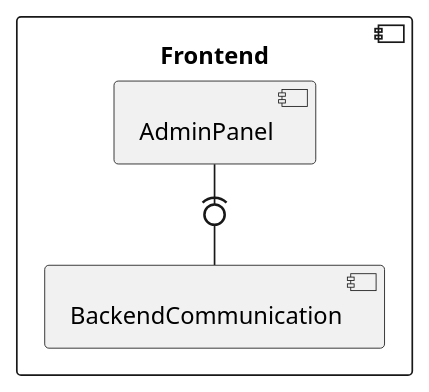
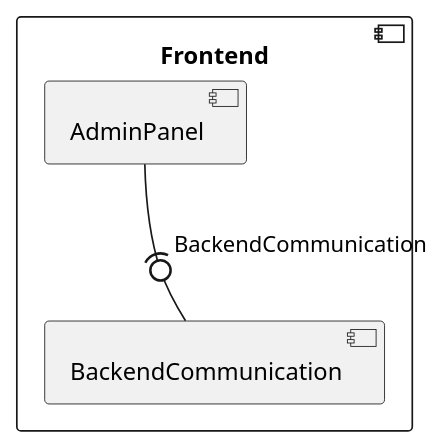
Before and after one commit to RadekBucki/OpinionCollectorArchitecture: the second of 2 diagrams in frontend/AdminPanel.md, drawn with PlantUML. The commit also changed 6 other files, not shown here.

````diff
--- a/frontend/AdminPanel.md
+++ b/frontend/AdminPanel.md
@@ -33,15 +33,15 @@
 ```plantuml
 @startuml
     
 component Frontend {
     component AdminPanel {
     }
     
     component BackendCommunication {
     }
 
-    AdminPanel -(0- BackendCommunication
+    AdminPanel -(0- BackendCommunication : BackendCommunication
 }
 
 @enduml 
 ```
````
